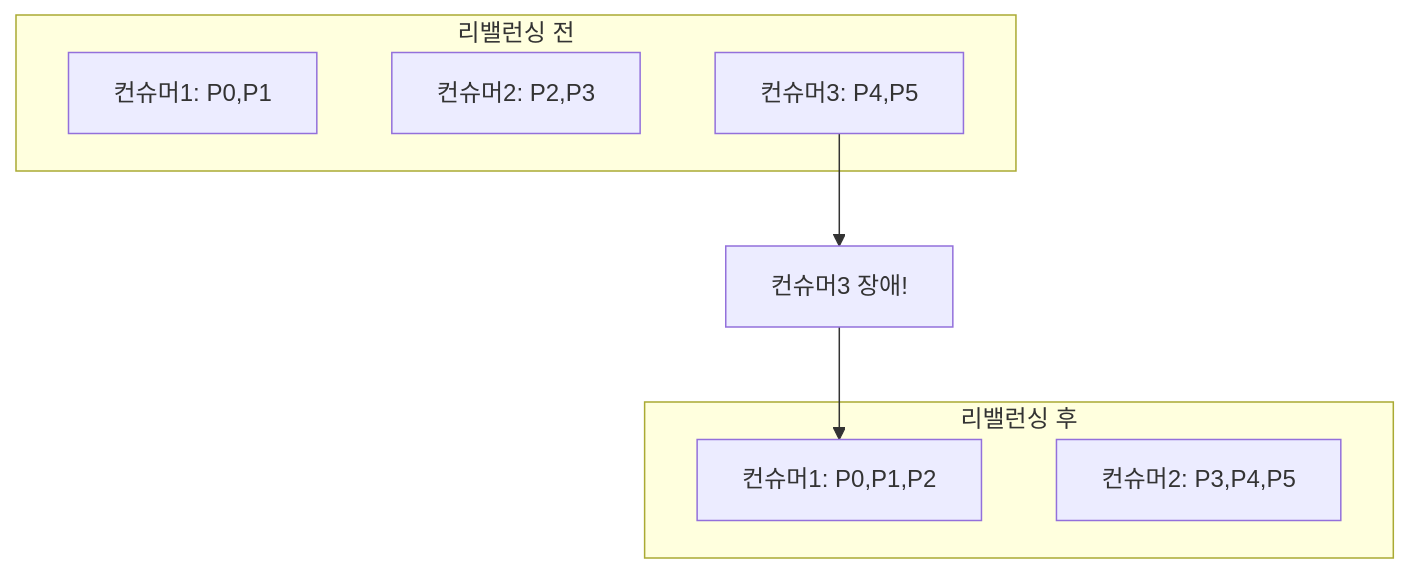
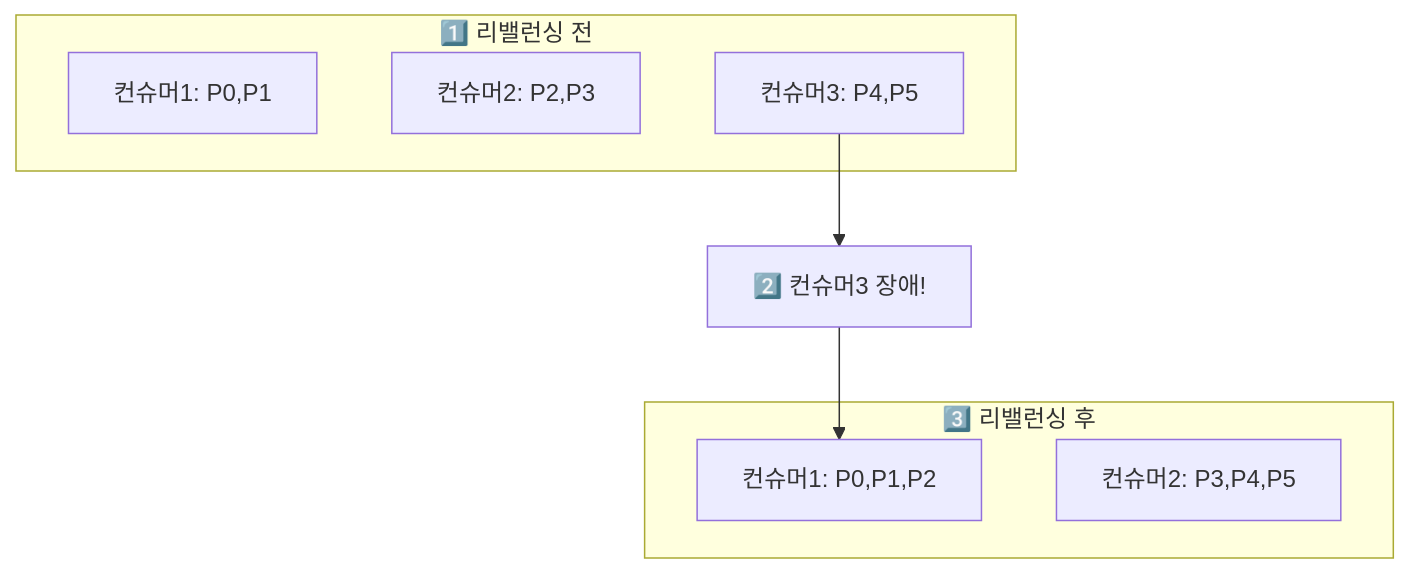
Before and after one commit to yjkim2015/yjkim2015.github.io: the fifth of 12 diagrams in _posts/kafka/2026-05-02-kafka-deep.md, drawn with Mermaid. The commit also changed other lines of this file and 92 other files, not shown here.

First line of the commit message:
Major quality rewrite: 98 files, Mermaid fix, extreme-scenario component

````diff
--- a/_posts/kafka/2026-05-02-kafka-deep.md
+++ b/_posts/kafka/2026-05-02-kafka-deep.md
@@ -274,17 +291,17 @@
 ```mermaid
 graph TD
-    subgraph "리밸런싱 전"
+    subgraph "1️⃣ 리밸런싱 전"
         C1a["컨슈머1: P0,P1"]
         C2a["컨슈머2: P2,P3"]
         C3a["컨슈머3: P4,P5"]
     end
 
-    Event["컨슈머3 장애!"]
+    Event["2️⃣ 컨슈머3 장애!"]
 
-    subgraph "리밸런싱 후"
+    subgraph "3️⃣ 리밸런싱 후"
         C1b["컨슈머1: P0,P1,P2"]
         C2b["컨슈머2: P3,P4,P5"]
     end
 
     C3a --> Event --> C1b
 ```
````
